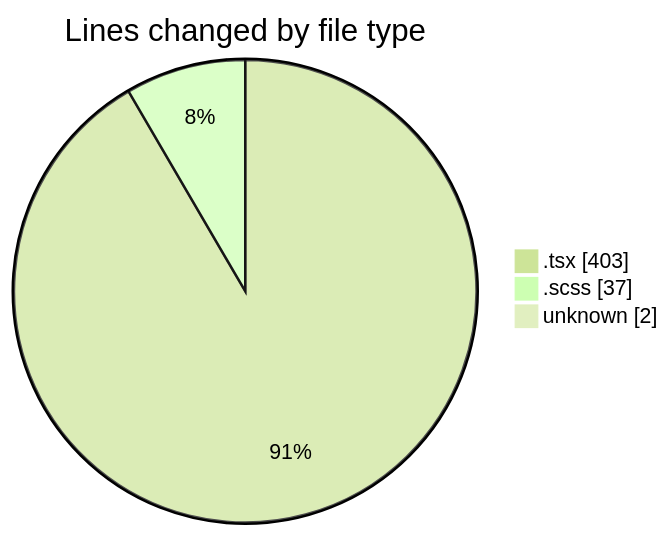
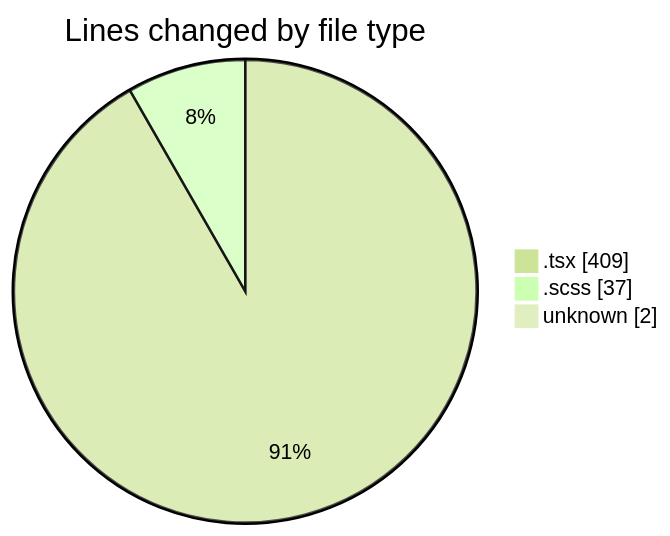
One commit to momahboobian/code-tracking changed the first of 2 diagrams in 2025-02-13/cda/README.md. Above: the diagram before and after it, drawn with Mermaid (forest theme). The commit also changed other lines of this file and 1 other file, not shown here.

Commit message:
* feat(cda): Increased total lines added by 6 to reflect changes in RequestForm.tsx. * fix(cda): Updated active time from 38 minutes to 42 minutes and fixed inconsistencies in the README. * refactor(cda): Optimized visualizations to better represent coding activity data.

````diff
--- a/2025-02-13/cda/README.md
+++ b/2025-02-13/cda/README.md
@@ -28,7 +28,7 @@
 ```mermaid
 pie showData
 title Lines changed by file type
-".tsx" : 403
+".tsx" : 409
 ".scss" : 37
 "unknown" : 2
 ```
````
